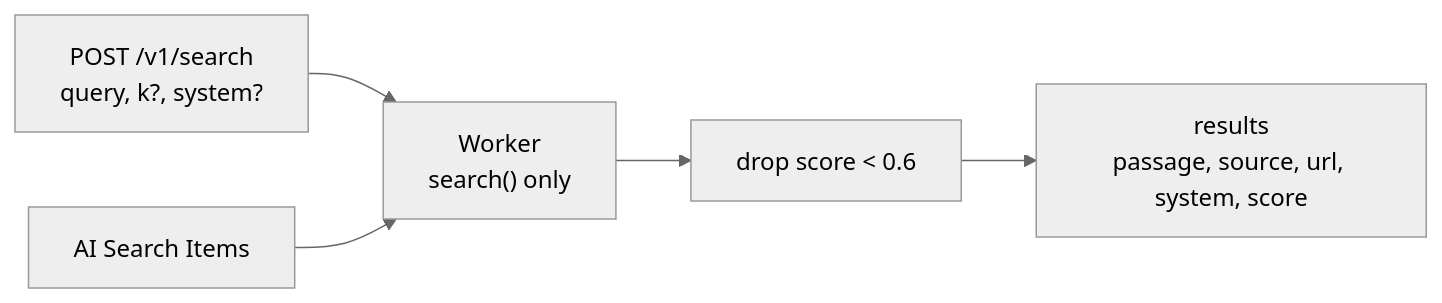
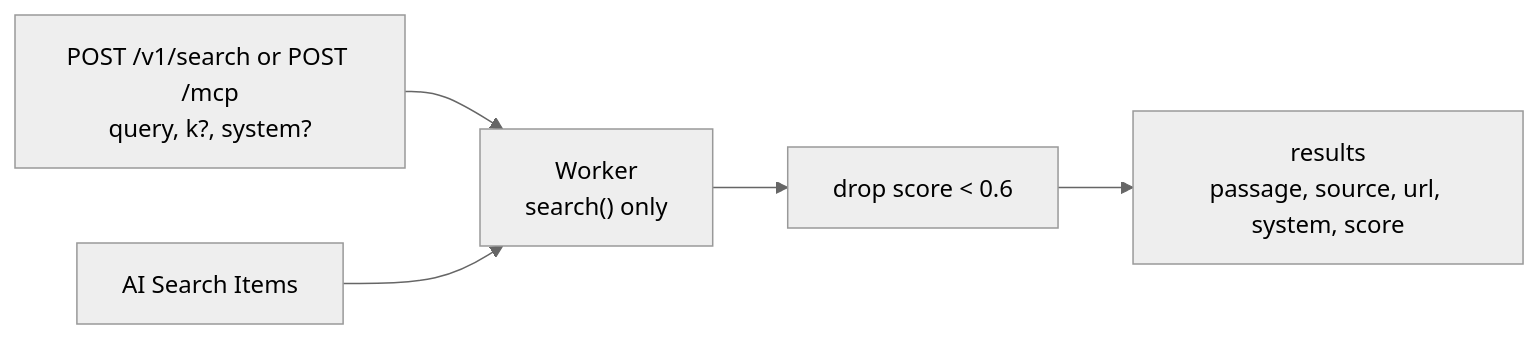
One commit to SiTaggart/design-guide changed the second of 2 diagrams in docs/architecture.md. Above: the diagram before and after it, drawn with Mermaid (neutral theme). The commit also changed other lines of this file and 5 other files, not shown here.

Commit message:
feat(mcp): host search_design_guidance on the search Worker (#5)

````diff
--- a/docs/architecture.md
+++ b/docs/architecture.md
@@ -22,7 +22,7 @@
 ```mermaid
 flowchart LR
-  q["POST /v1/search\nquery, k?, system?"] --> worker["Worker\nsearch() only"]
+  q["POST /v1/search or POST /mcp\nquery, k?, system?"] --> worker["Worker\nsearch() only"]
   items["AI Search Items"] --> worker
   worker --> filter["drop score < 0.6"]
   filter --> json["results\npassage, source, url, system, score"]
 ```
````
